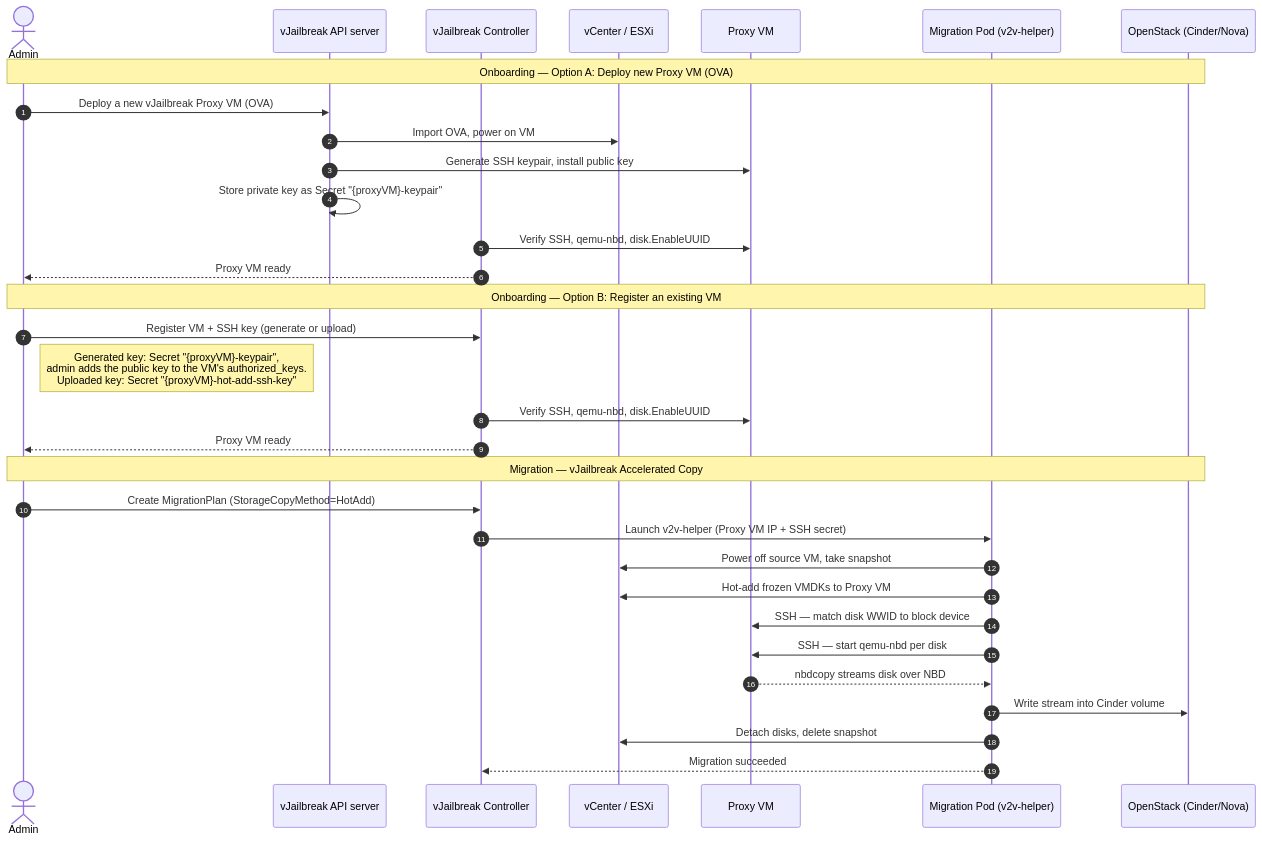
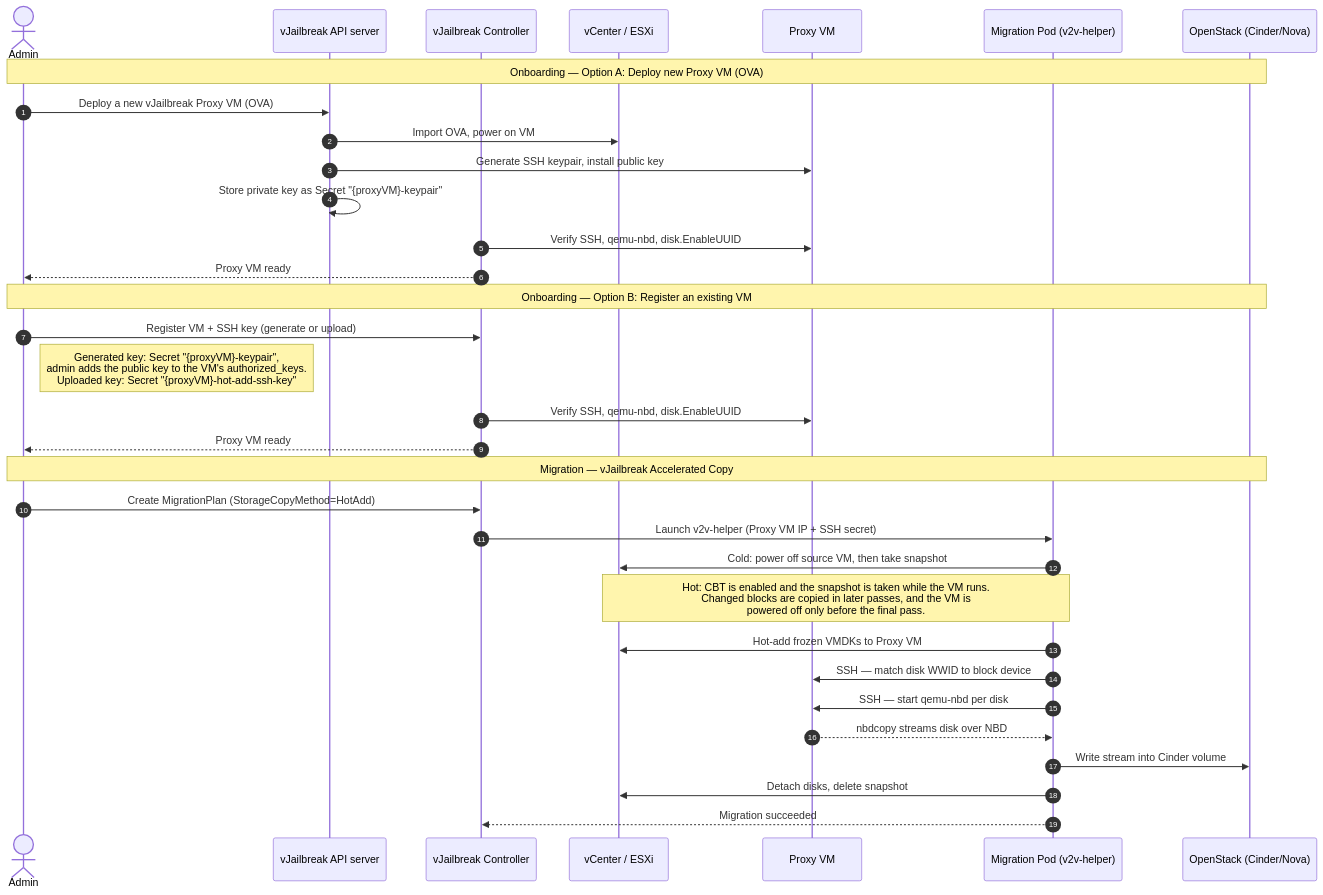
The second of 2 diagrams in docs/src/content/docs/concepts/vjailbreak-accelerated-copy.md (platform9/vjailbreak), drawn with Mermaid before and after one commit. The commit also changed other lines of this file and 16 other files, not shown here.

````diff
--- a/docs/src/content/docs/concepts/vjailbreak-accelerated-copy.md
+++ b/docs/src/content/docs/concepts/vjailbreak-accelerated-copy.md
@@ -355,37 +357,38 @@
 ```mermaid
 sequenceDiagram
     autonumber
     actor Admin
     participant API as vJailbreak API server
     participant Ctrl as vJailbreak Controller
     participant vC as vCenter / ESXi
     participant Proxy as Proxy VM
     participant Pod as Migration Pod (v2v-helper)
     participant OS as OpenStack (Cinder/Nova)
 
     Note over Admin,OS: Onboarding — Option A: Deploy new Proxy VM (OVA)
     Admin->>API: Deploy a new vJailbreak Proxy VM (OVA)
     API->>vC: Import OVA, power on VM
     API->>Proxy: Generate SSH keypair, install public key
     API->>API: Store private key as Secret "{proxyVM}-keypair"
     Ctrl->>Proxy: Verify SSH, qemu-nbd, disk.EnableUUID
     Ctrl-->>Admin: Proxy VM ready
 
     Note over Admin,OS: Onboarding — Option B: Register an existing VM
     Admin->>Ctrl: Register VM + SSH key (generate or upload)
     Note right of Admin: Generated key: Secret "{proxyVM}-keypair",<br/>admin adds the public key to the VM's authorized_keys.<br/>Uploaded key: Secret "{proxyVM}-hot-add-ssh-key"
     Ctrl->>Proxy: Verify SSH, qemu-nbd, disk.EnableUUID
     Ctrl-->>Admin: Proxy VM ready
 
     Note over Admin,OS: Migration — vJailbreak Accelerated Copy
     Admin->>Ctrl: Create MigrationPlan (StorageCopyMethod=HotAdd)
     Ctrl->>Pod: Launch v2v-helper (Proxy VM IP + SSH secret)
-    Pod->>vC: Power off source VM, take snapshot
+    Pod->>vC: Cold: power off source VM, then take snapshot
+    Note over vC,Pod: Hot: CBT is enabled and the snapshot is taken while the VM runs.<br/>Changed blocks are copied in later passes, and the VM is<br/>powered off only before the final pass.
     Pod->>vC: Hot-add frozen VMDKs to Proxy VM
     Pod->>Proxy: SSH — match disk WWID to block device
     Pod->>Proxy: SSH — start qemu-nbd per disk
     Proxy-->>Pod: nbdcopy streams disk over NBD
     Pod->>OS: Write stream into Cinder volume
     Pod->>vC: Detach disks, delete snapshot
     Pod-->>Ctrl: Migration succeeded
 ```
````
